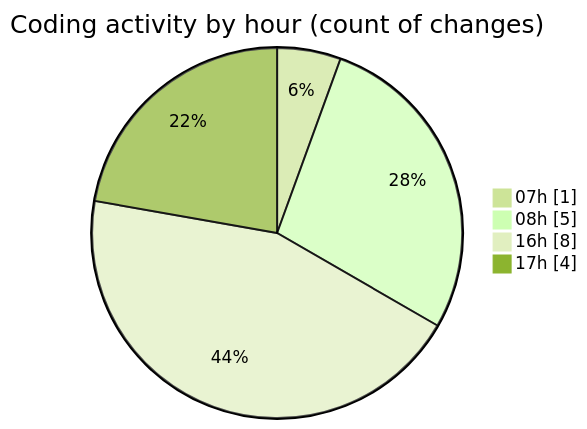
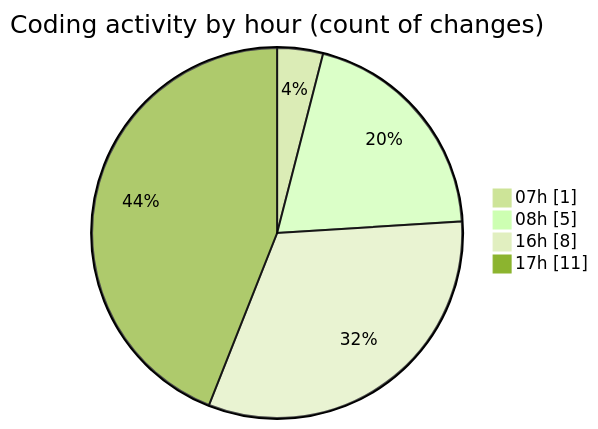
One commit to Elitesun/code-tracking changed the second of 2 diagrams in 2025-02-13/elitegpt/README.md. Above: the diagram before and after it, drawn with Mermaid (forest theme). The commit also changed other lines of this file and 1 other file, not shown here.

````diff
--- a/2025-02-13/elitegpt/README.md
+++ b/2025-02-13/elitegpt/README.md
@@ -35,8 +36,8 @@
 ```mermaid
 pie showData
 title Coding activity by hour (count of changes)
 "07h" : 1
 "08h" : 5
 "16h" : 8
-"17h" : 4
+"17h" : 11
 ```
````
